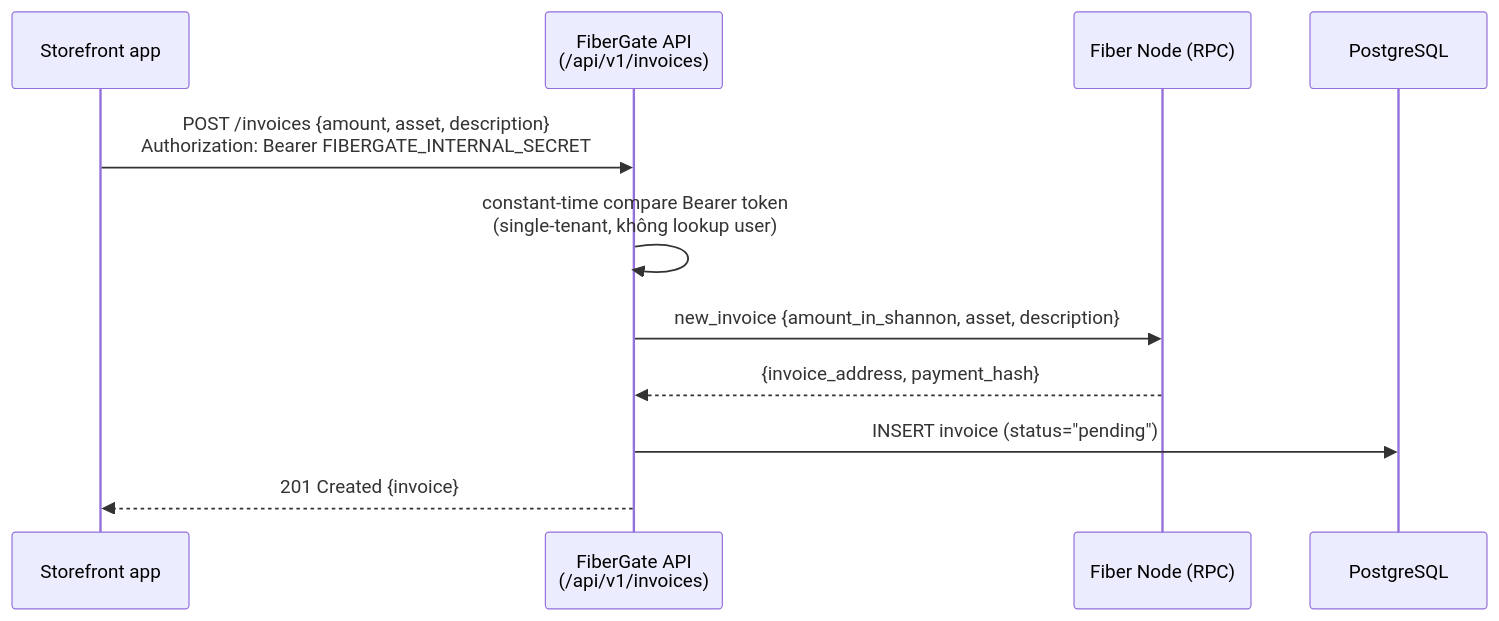
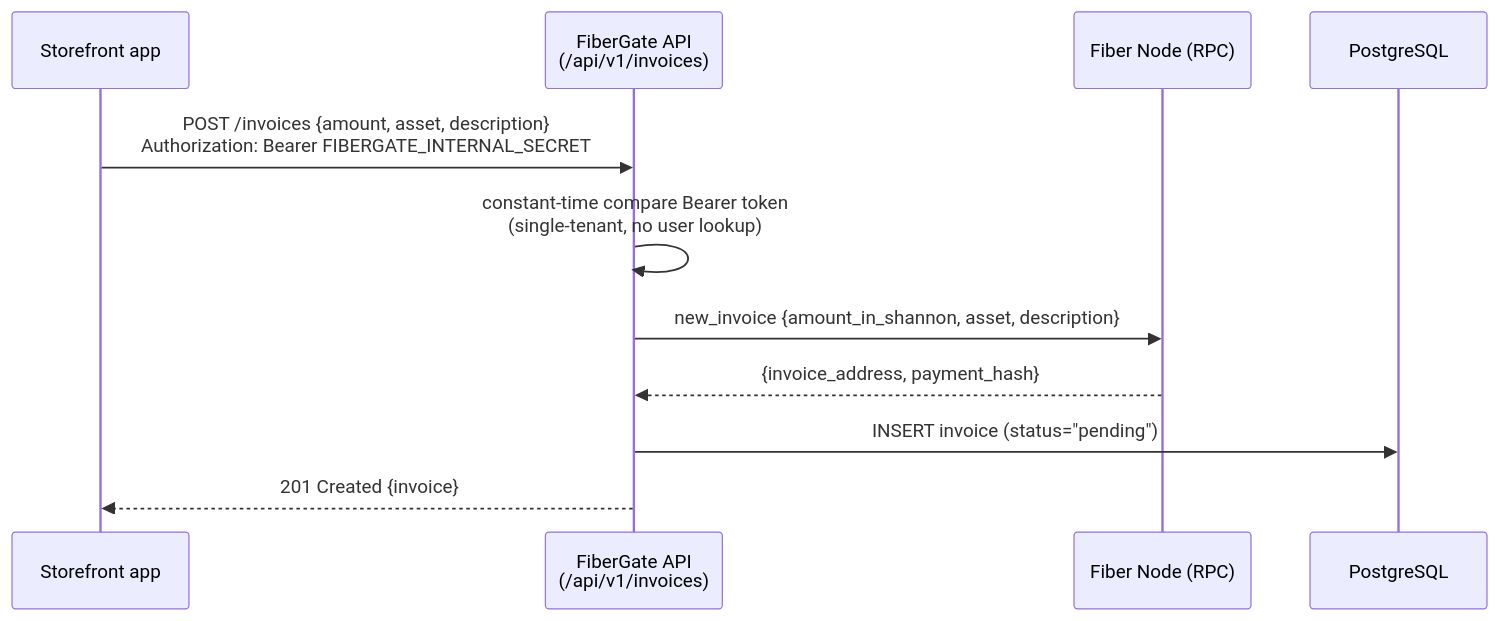
Before and after one commit to tiennt0212/FiberGate: the second of 4 diagrams in .context/architecture/system-design.md, drawn with Mermaid. The commit also changed other lines of this file and 15 other files, not shown here.

````diff
--- a/.context/architecture/system-design.md
+++ b/.context/architecture/system-design.md
@@ -69,14 +71,14 @@
 ```mermaid
 sequenceDiagram
     participant SF as Storefront app
     participant API as FiberGate API<br/>(/api/v1/invoices)
     participant Node as Fiber Node (RPC)
     participant DB as PostgreSQL
 
     SF->>API: POST /invoices {amount, asset, description}<br/>Authorization: Bearer FIBERGATE_INTERNAL_SECRET
-    API->>API: constant-time compare Bearer token<br/>(single-tenant, không lookup user)
+    API->>API: constant-time compare Bearer token<br/>(single-tenant, no user lookup)
     API->>Node: new_invoice {amount_in_shannon, asset, description}
     Node-->>API: {invoice_address, payment_hash}
     API->>DB: INSERT invoice (status="pending")
     API-->>SF: 201 Created {invoice}
 ```
````
